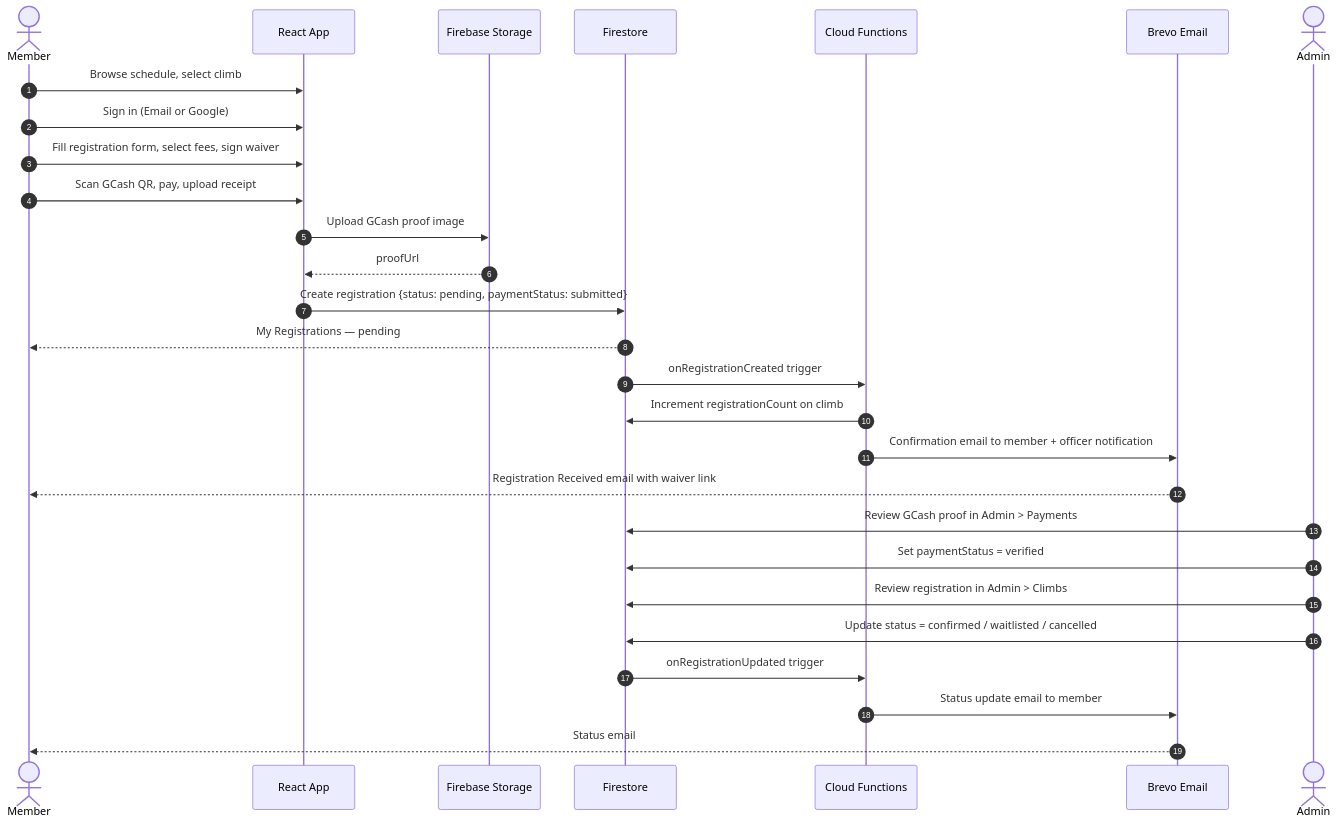
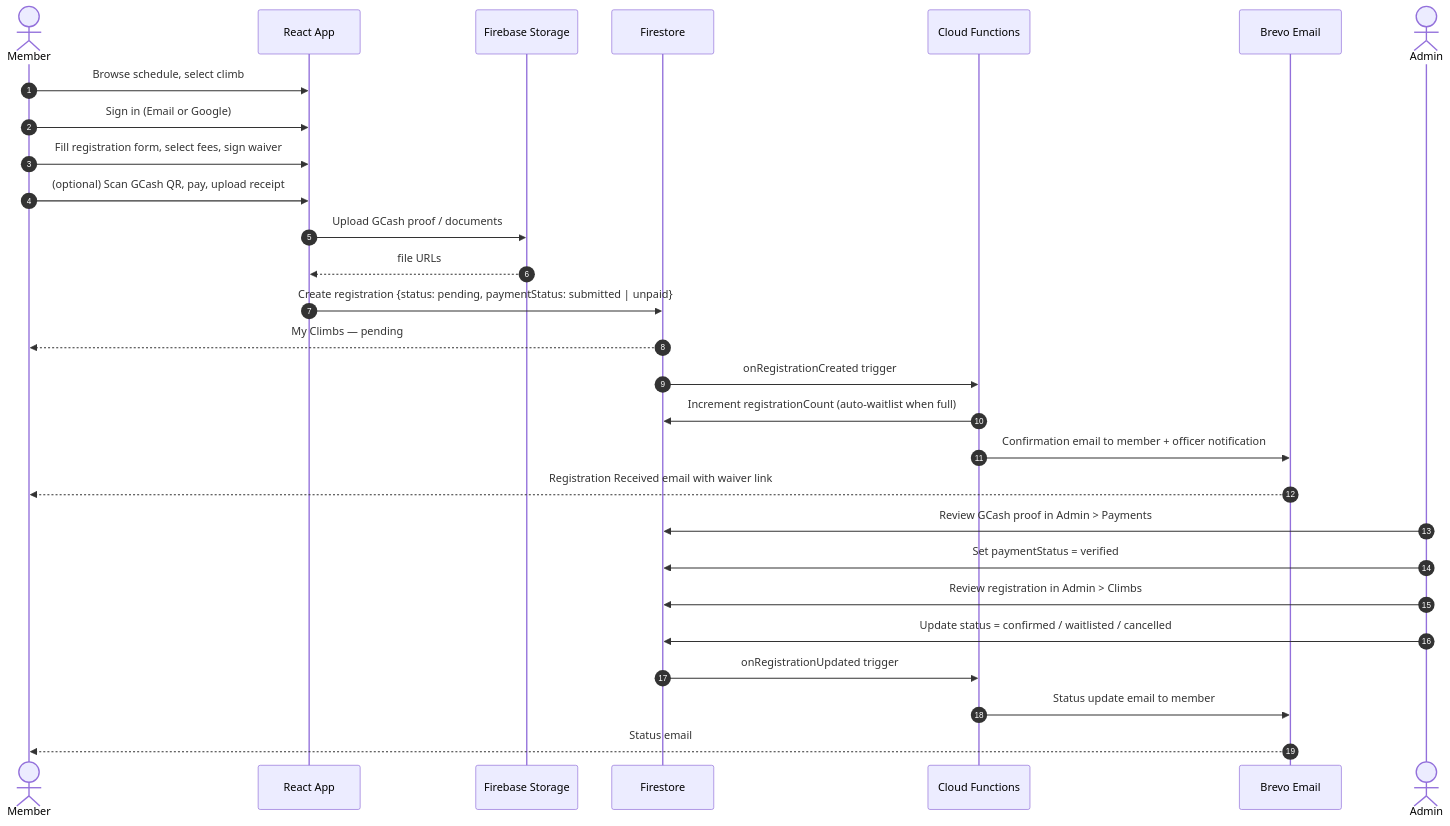
The second of 2 diagrams in README.md (Oweeboi011/mms-open-climbs), drawn with Mermaid before and after one commit. The commit also changed other lines of this file and 17 other files, not shown here.

````diff
--- a/README.md
+++ b/README.md
@@ -84,35 +87,35 @@
 ```mermaid
 sequenceDiagram
     autonumber
     actor M as Member
     participant SPA as React App
     participant ST as Firebase Storage
     participant FS as Firestore
     participant CF as Cloud Functions
     participant EM as Brevo Email
     actor AD as Admin
 
     M->>SPA: Browse schedule, select climb
     M->>SPA: Sign in (Email or Google)
     M->>SPA: Fill registration form, select fees, sign waiver
-    M->>SPA: Scan GCash QR, pay, upload receipt
-    SPA->>ST: Upload GCash proof image
-    ST-->>SPA: proofUrl
-    SPA->>FS: Create registration {status: pending, paymentStatus: submitted}
-    FS-->>M: My Registrations — pending
+    M->>SPA: (optional) Scan GCash QR, pay, upload receipt
+    SPA->>ST: Upload GCash proof / documents
+    ST-->>SPA: file URLs
+    SPA->>FS: Create registration {status: pending, paymentStatus: submitted | unpaid}
+    FS-->>M: My Climbs — pending
 
     FS->>CF: onRegistrationCreated trigger
-    CF->>FS: Increment registrationCount on climb
+    CF->>FS: Increment registrationCount (auto-waitlist when full)
     CF->>EM: Confirmation email to member + officer notification
     EM-->>M: Registration Received email with waiver link
 
     AD->>FS: Review GCash proof in Admin > Payments
     AD->>FS: Set paymentStatus = verified
 
     AD->>FS: Review registration in Admin > Climbs
     AD->>FS: Update status = confirmed / waitlisted / cancelled
 
     FS->>CF: onRegistrationUpdated trigger
     CF->>EM: Status update email to member
     EM-->>M: Status email
 ```
````
